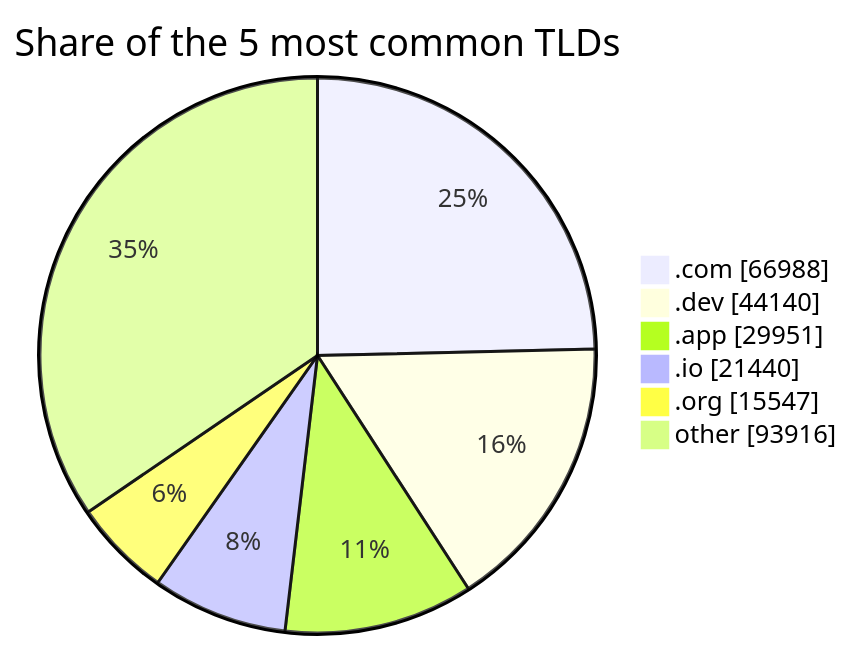
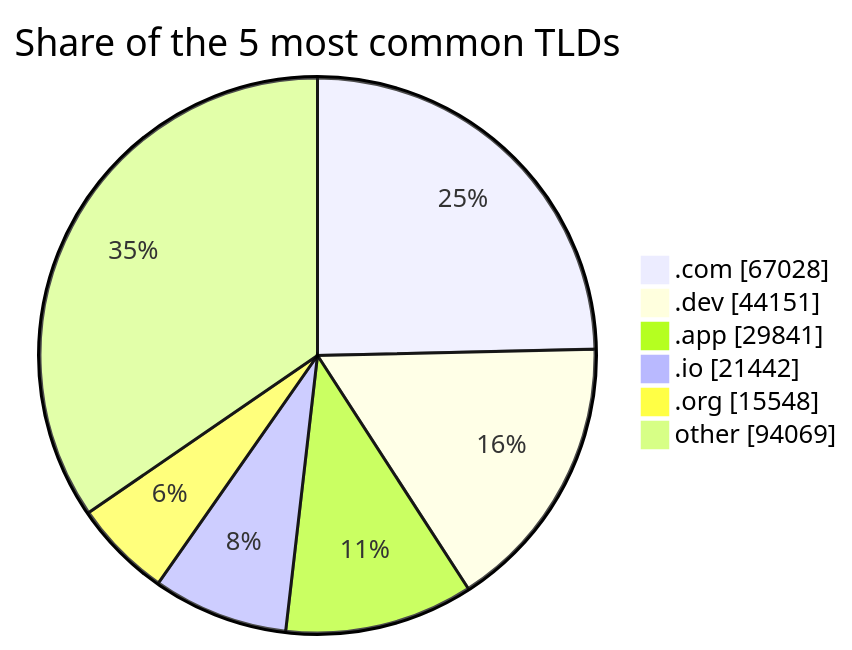
The second of 2 diagrams in README.md (DNSBunker/CTI), drawn with Mermaid before and after one commit. The commit also changed other lines of this file and 3 other files, not shown here.

````diff
--- a/README.md
+++ b/README.md
@@ -72,9 +72,9 @@
 ```mermaid
 pie showData title Share of the 5 most common TLDs
-    ".com" : 66988
-    ".dev" : 44140
-    ".app" : 29951
-    ".io" : 21440
-    ".org" : 15547
-    "other" : 93916
+    ".com" : 67028
+    ".dev" : 44151
+    ".app" : 29841
+    ".io" : 21442
+    ".org" : 15548
+    "other" : 94069
 ```
````
